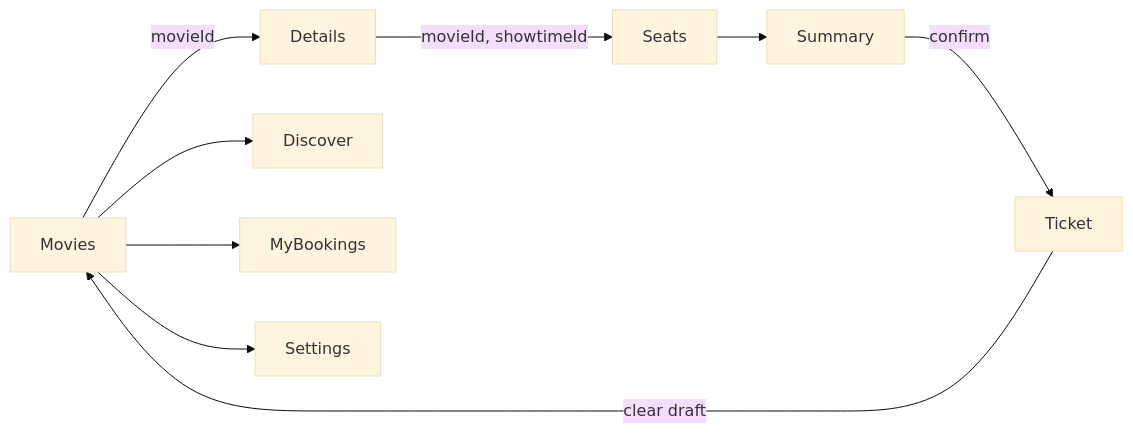
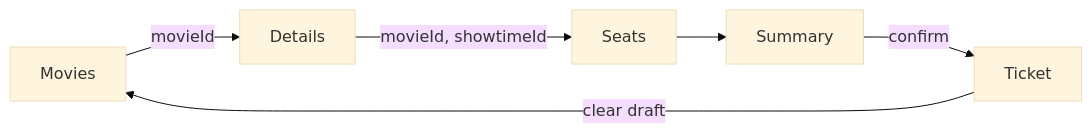
Before and after one commit to thess2r/CinemaBooking: the diagram in docs/booking-flow.md, drawn with Mermaid (base theme). The commit also changed other lines of this file and 55 other files, not shown here.

````diff
--- a/docs/booking-flow.md
+++ b/docs/booking-flow.md
@@ -5,11 +5,8 @@
 ```mermaid
 flowchart LR
     Movies -->|movieId| Details
     Details -->|movieId, showtimeId| Seats
     Seats --> Summary
     Summary -->|confirm| Ticket
     Ticket -->|clear draft| Movies
-    Movies --> Discover
-    Movies --> MyBookings
-    Movies --> Settings
 ```
````
